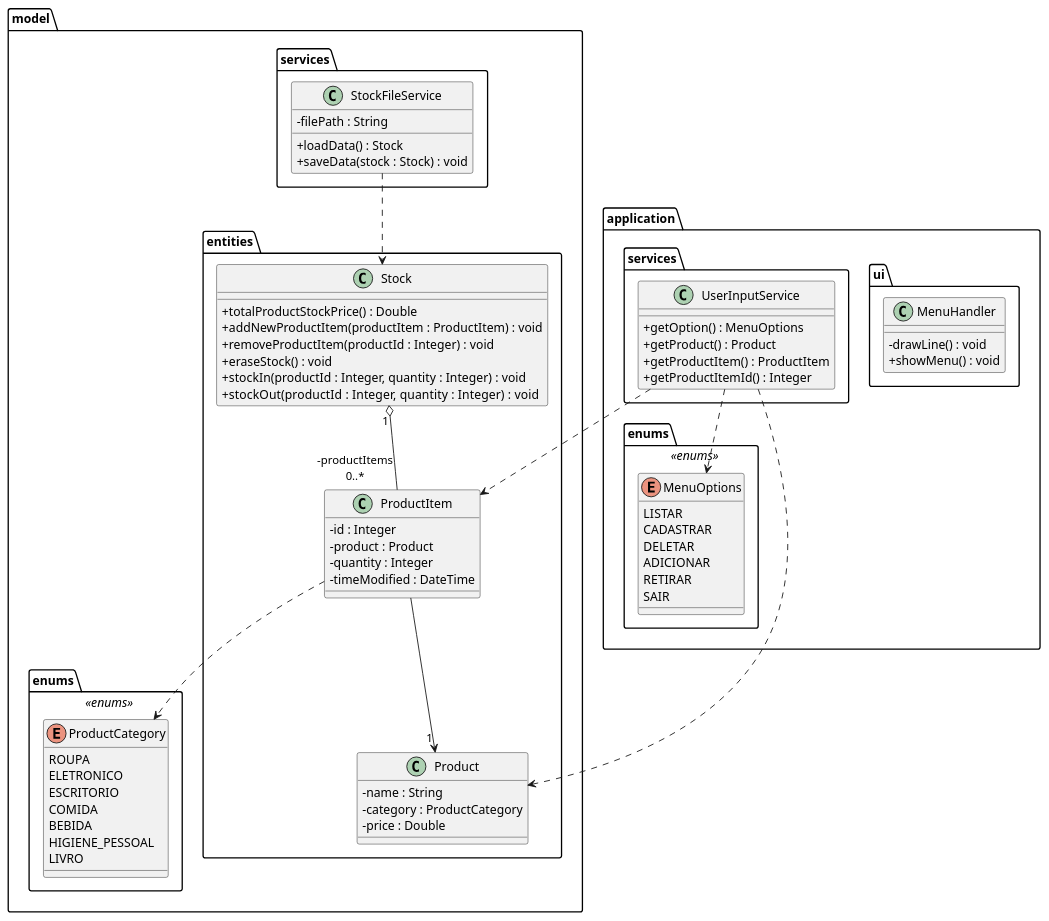
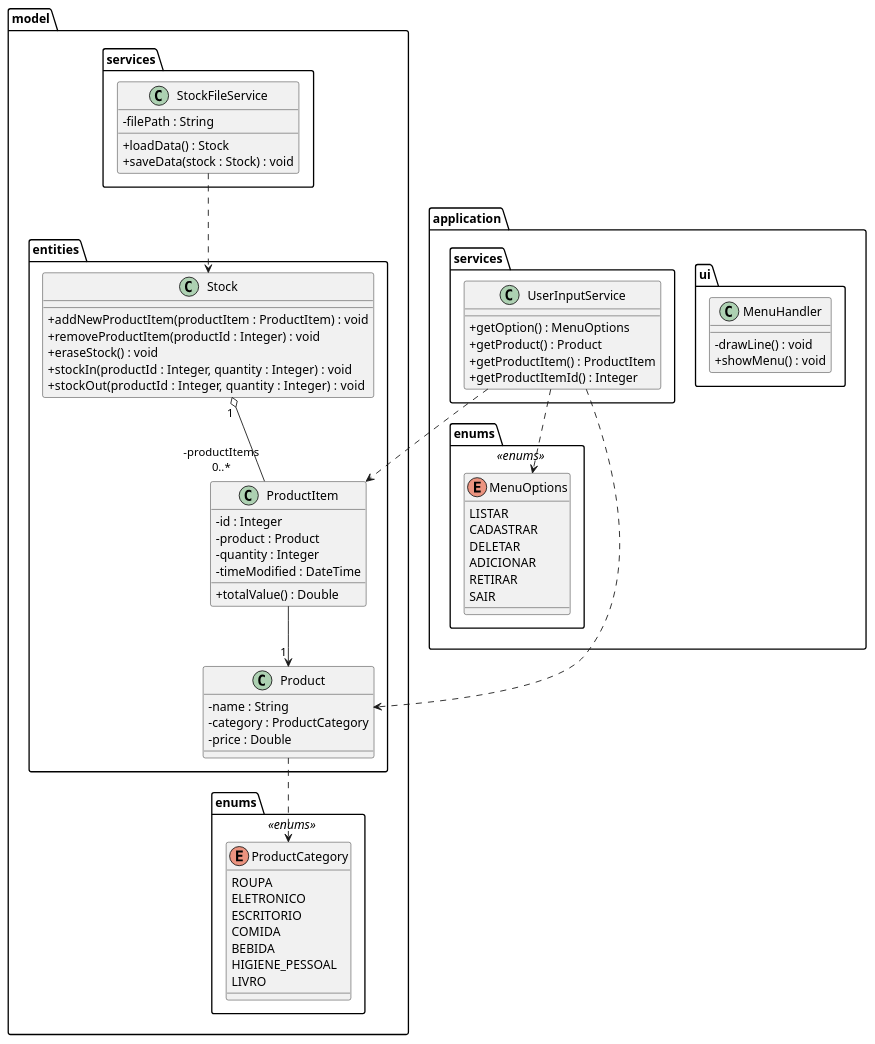
Before and after one commit to victormmcouto/java-crud-console: the diagram in java-crud-console-umlclass.puml, drawn with PlantUML.

Commit message:
refactor: Move método de cálculo do valor total do item em estoque de Stock para ProductItem

```diff
--- a/java-crud-console-umlclass.puml
+++ b/java-crud-console-umlclass.puml
@@ -1,79 +1,79 @@
 @startuml
 skinparam classAttributeIconSize 0
 package model {
   package entities {
     class Product {
       - name : String
       - category : ProductCategory
       - price : Double
     }
     class Stock {
-      + totalProductStockPrice() : Double
       + addNewProductItem(productItem : ProductItem) : void
       + removeProductItem(productId : Integer) : void
       + eraseStock() : void
       + stockIn(productId : Integer, quantity : Integer) : void
       + stockOut(productId : Integer, quantity : Integer) :  void
     }
     class ProductItem {
       - id : Integer
       - product : Product
       - quantity : Integer
       - timeModified : DateTime
+      + totalValue() : Double
     }
   }
   package services {
       class StockFileService {
       - filePath : String
       + loadData() : Stock
       + saveData(stock : Stock) : void
     }
   }
   package enums <<enums>> {
     enum ProductCategory {
       ROUPA
       ELETRONICO
       ESCRITORIO
       COMIDA
       BEBIDA
       HIGIENE_PESSOAL
       LIVRO
     }
   }
 }
 
 package application {
   package application.ui {
     class MenuHandler {
     - drawLine() : void
     + showMenu() : void
     }
   }
   package enums <<enums>> {
     enum MenuOptions {
       LISTAR
       CADASTRAR
       DELETAR
       ADICIONAR
       RETIRAR
       SAIR
     }
   }
   package services {
     class UserInputService {
       + getOption() : MenuOptions
       + getProduct() : Product
       + getProductItem() : ProductItem
       + getProductItemId() : Integer
     }
   }
 }
 
 ProductItem --> "\t1" Product
 Stock "\t1" o-- "-productItems\n0..*" ProductItem
 StockFileService ..> Stock
-ProductItem ..> ProductCategory
+Product ..> ProductCategory
 UserInputService ..> MenuOptions
 UserInputService ..> Product
 UserInputService ..> ProductItem
 @enduml
```
